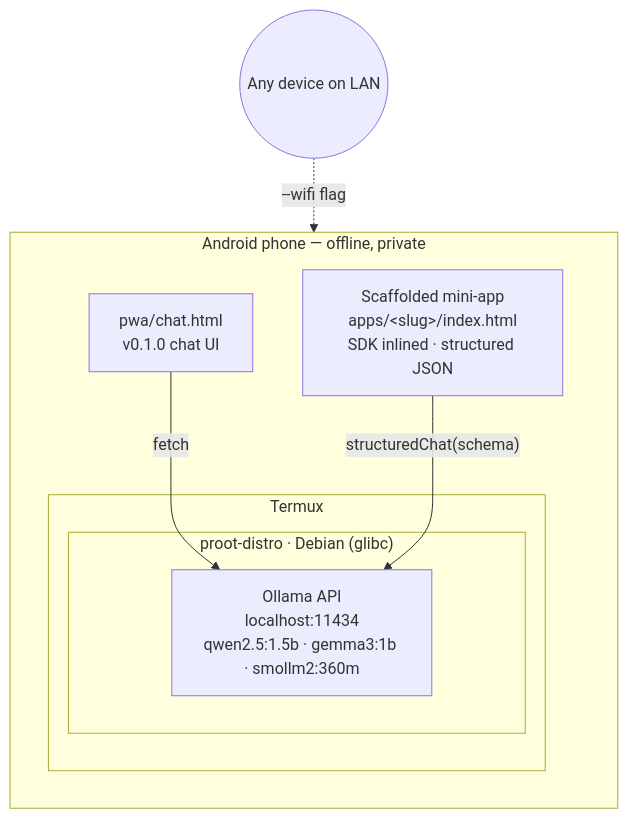
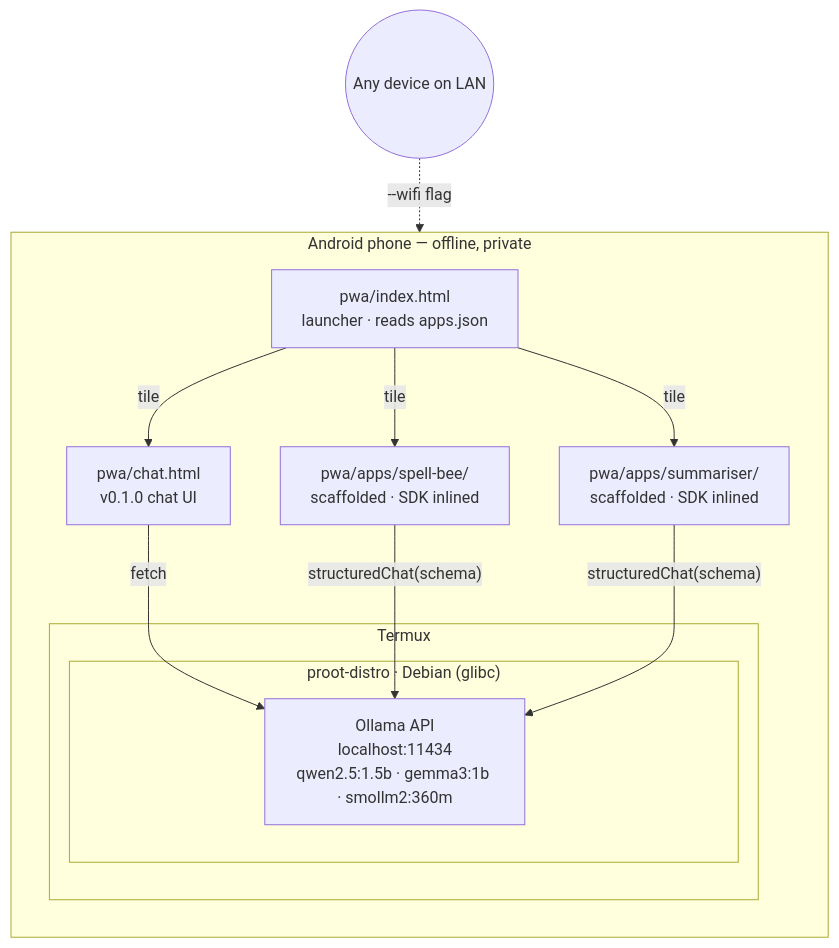
Before and after one commit to s1dd4rth/ollama-pocket: the diagram in README.md, drawn with Mermaid. The commit also changed other lines of this file and 2 other files, not shown here.

First line of the commit message:
docs(readme): v0.3 overhaul — launcher, Gallery, preflight table

````diff
--- a/README.md
+++ b/README.md
@@ -127,16 +144,22 @@
 ```mermaid
 flowchart TB
     subgraph PHONE ["Android phone — offline, private"]
         direction TB
         subgraph TERMUX ["Termux"]
             subgraph DEBIAN ["proot-distro · Debian (glibc)"]
                 OLLAMA["Ollama API<br/>localhost:11434<br/>qwen2.5:1.5b · gemma3:1b · smollm2:360m"]
             end
         end
+        LAUNCHER["pwa/index.html<br/>launcher · reads apps.json"]
         CHAT["pwa/chat.html<br/>v0.1.0 chat UI"]
-        APP["Scaffolded mini-app<br/>apps/&lt;slug&gt;/index.html<br/>SDK inlined · structured JSON"]
+        APP1["pwa/apps/spell-bee/<br/>scaffolded · SDK inlined"]
+        APP2["pwa/apps/summariser/<br/>scaffolded · SDK inlined"]
     end
+    LAUNCHER -->|tile| CHAT
+    LAUNCHER -->|tile| APP1
+    LAUNCHER -->|tile| APP2
     CHAT -->|fetch| OLLAMA
-    APP  -->|"structuredChat(schema)"| OLLAMA
+    APP1 -->|"structuredChat(schema)"| OLLAMA
+    APP2 -->|"structuredChat(schema)"| OLLAMA
     LAN(("Any device on LAN")) -. "--wifi flag" .-> OLLAMA
 ```
````
